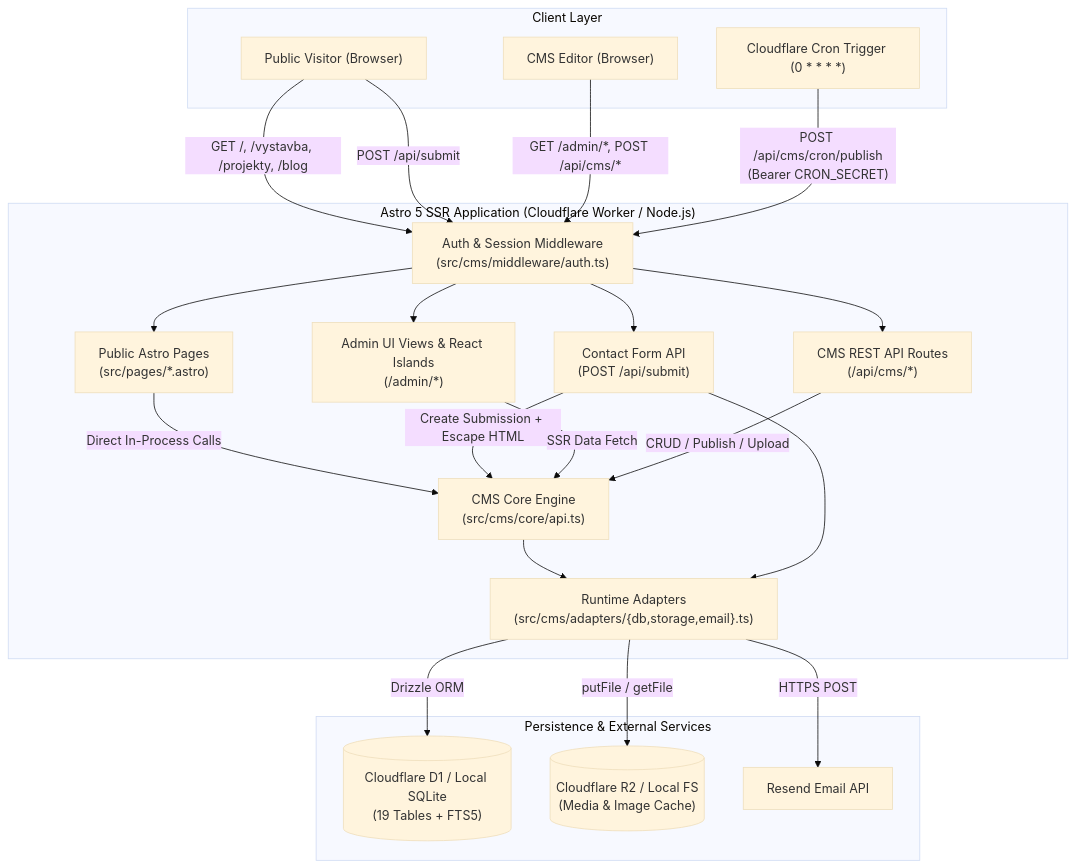
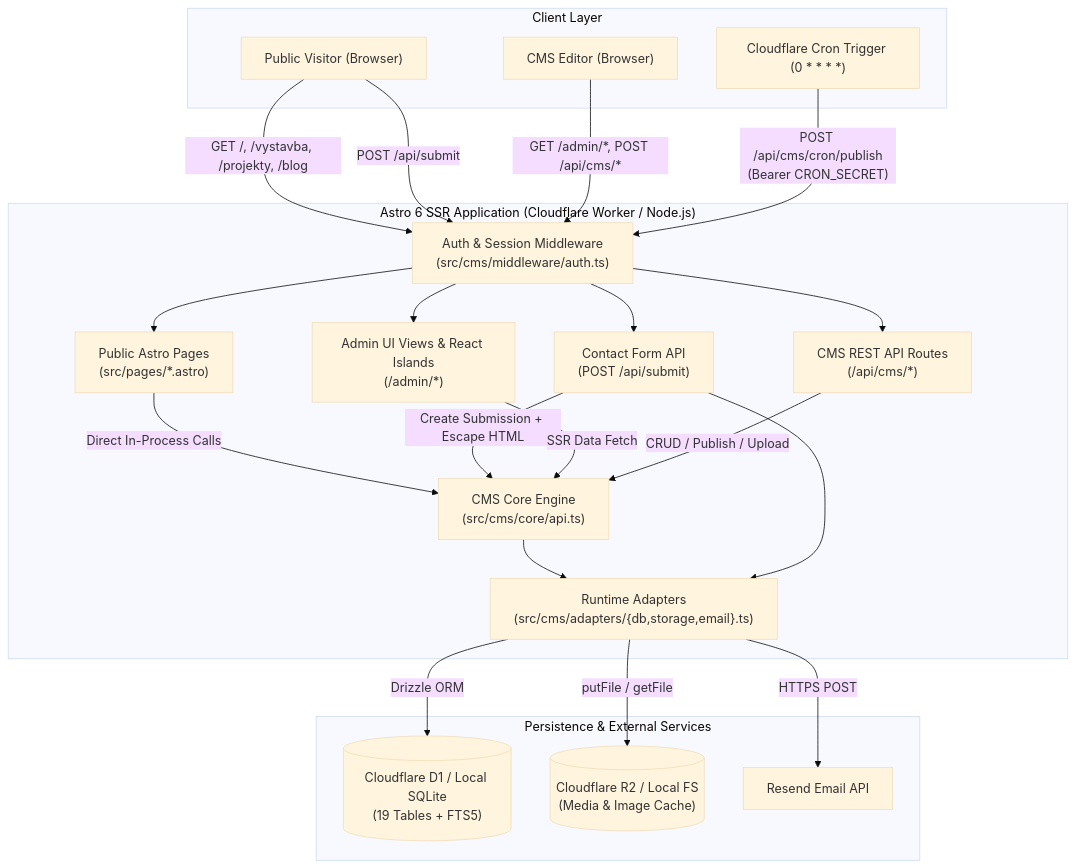
The first of 5 diagrams in architecture.md (robinsehnalik/kompletmotiv-public), drawn with Mermaid (base theme) before and after one commit. The commit also changed other lines of this file and 2 other files, not shown here.

First line of the commit message:
docs: align architecture and SEO with Astro v6, planned projects, and unified CMS schema

````diff
--- a/architecture.md
+++ b/architecture.md
@@ -78,46 +78,46 @@
 ```mermaid
 flowchart TB
     subgraph Clients["Client Layer"]
         Visitor["Public Visitor (Browser)"]
         Editor["CMS Editor (Browser)"]
         CronTrigger["Cloudflare Cron Trigger (0 * * * *)"]
     end
 
-    subgraph Edge["Astro 5 SSR Application (Cloudflare Worker / Node.js)"]
+    subgraph Edge["Astro 6 SSR Application (Cloudflare Worker / Node.js)"]
         Middleware["Auth & Session Middleware\n(src/cms/middleware/auth.ts)"]
         PublicPages["Public Astro Pages\n(src/pages/*.astro)"]
         ContactAPI["Contact Form API\n(POST /api/submit)"]
         AdminUI["Admin UI Views & React Islands\n(/admin/*)"]
         CmsAPI["CMS REST API Routes\n(/api/cms/*)"]
         CmsCore["CMS Core Engine\n(src/cms/core/api.ts)"]
         Adapters["Runtime Adapters\n(src/cms/adapters/{db,storage,email}.ts)"]
     end
 
     subgraph Storage["Persistence & External Services"]
         D1[("Cloudflare D1 / Local SQLite\n(19 Tables + FTS5)")]
         R2[("Cloudflare R2 / Local FS\n(Media & Image Cache)")]
         Resend["Resend Email API"]
     end
 
     Visitor -->|"GET /, /vystavba, /projekty, /blog"| Middleware
     Visitor -->|"POST /api/submit"| Middleware
     Editor -->|"GET /admin/*, POST /api/cms/*"| Middleware
     CronTrigger -->|"POST /api/cms/cron/publish\n(Bearer CRON_SECRET)"| Middleware
 
     Middleware --> PublicPages
     Middleware --> ContactAPI
     Middleware --> AdminUI
     Middleware --> CmsAPI
 
     PublicPages -->|"Direct In-Process Calls"| CmsCore
     ContactAPI -->|"Create Submission + Escape HTML"| CmsCore
     AdminUI -->|"SSR Data Fetch"| CmsCore
     CmsAPI -->|"CRUD / Publish / Upload"| CmsCore
 
     CmsCore --> Adapters
     ContactAPI --> Adapters
 
     Adapters -->|"Drizzle ORM"| D1
     Adapters -->|"putFile / getFile"| R2
     Adapters -->|"HTTPS POST"| Resend
 ```
````
